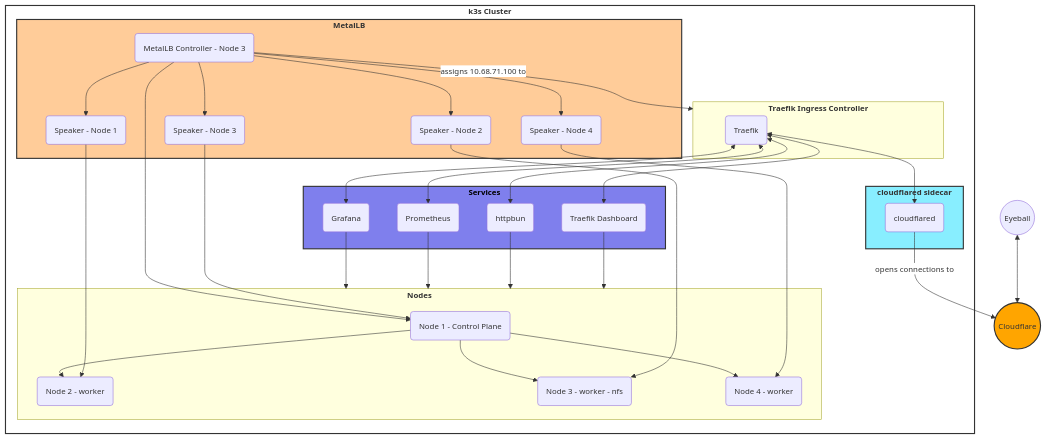
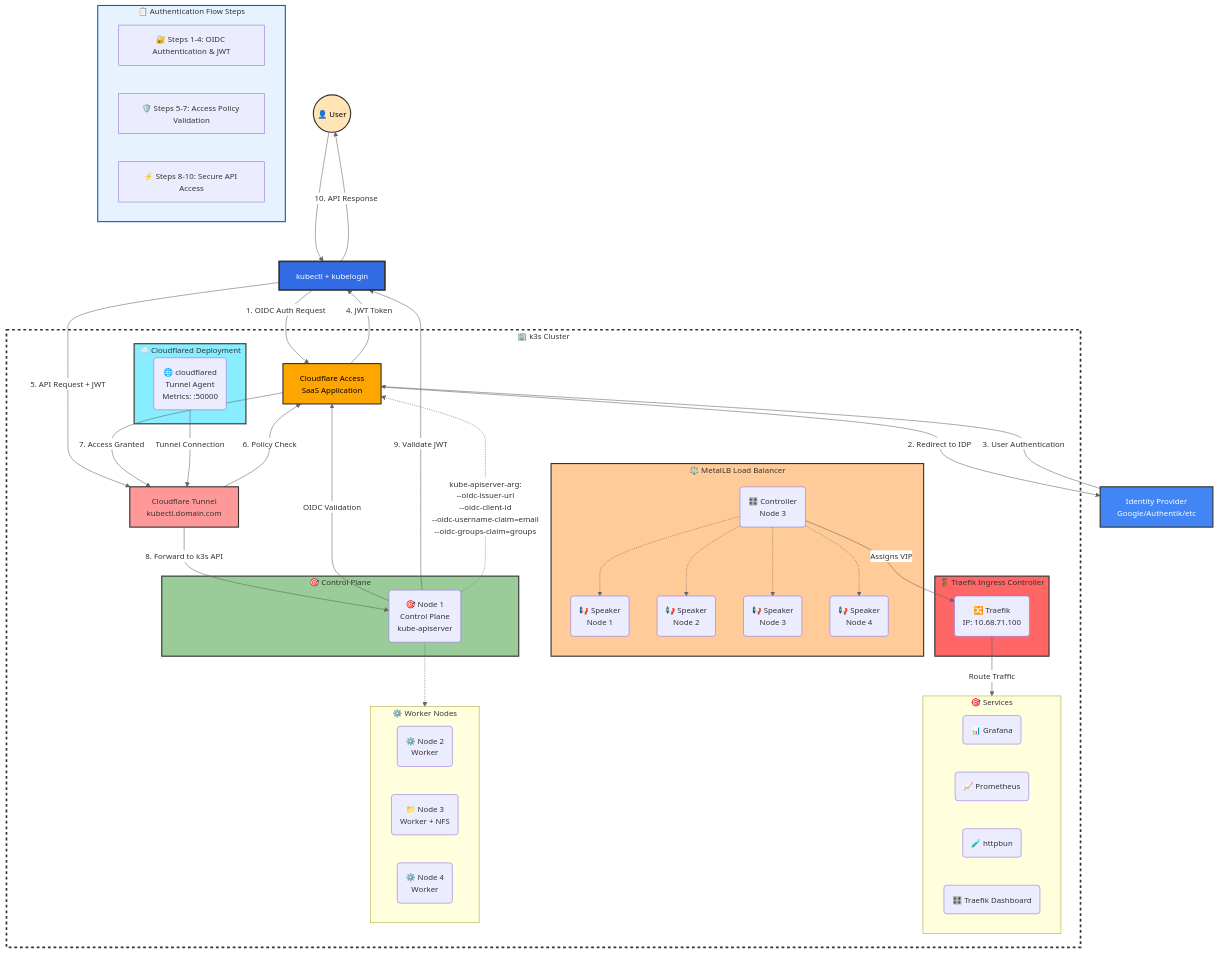
One commit to erfianugrah/lexicanum changed the diagram in src/content/docs/guides/kubectl-cf-access.mdx. Above: the diagram before and after it, drawn with Mermaid.

Commit message:
updated mermaid diagram

````diff
--- a/src/content/docs/guides/kubectl-cf-access.mdx
+++ b/src/content/docs/guides/kubectl-cf-access.mdx
@@ -471,71 +471,114 @@
 ```mermaid
-%%{init: {'theme': 'default', 'themeVariables': { 'primaryColor': '#FFCC00', 'edgeLabelBackground':'#ffffff', 'tertiaryColor': '#FFFFFF', 'lineColor': '#333333', 'arrowheadColor': '#333333', 'fontSize': '14px', 'backgroundColor': 'transparent'}}}%%
-graph TD;
+%%{init: {'theme': 'default', 'themeVariables': { 'primaryColor': '#FFCC00', 'edgeLabelBackground':'#ffffff', 'tertiaryColor': '#FFFFFF', 'lineColor': '#666666', 'arrowheadColor': '#666666', 'fontSize': '14px', 'backgroundColor': 'transparent'}}}%%
+graph TB;
+    classDef user fill:#FFE4B5,stroke:#333,stroke-width:2px,color:#000;
+    classDef kubectl fill:#326CE5,stroke:#333,stroke-width:3px,color:#fff;
+    classDef cloudflare fill:#FFA500,stroke:#333,stroke-width:2px,color:#000;
+    classDef idp fill:#4285F4,stroke:#333,stroke-width:2px,color:#fff;
     classDef service fill:#7f7fed,stroke:#333,stroke-width:2px,color:#000;
     classDef lb fill:#ffcc99,stroke:#333,stroke-width:2px;
     classDef ingress fill:#ff6666,stroke:#333,stroke-width:2px;
     classDef nodes fill:#99cc99,stroke:#333,stroke-width:2px;
     classDef cloudflared fill:#8EF,stroke:#333,stroke-width:2px;
-    classDef k3sCluster fill:transparent,stroke:#333,stroke-width:2px;
-    classDef cloudflare fill:#FFA500,stroke:#333,stroke-width:2px;
+    classDef k3sCluster fill:transparent,stroke:#333,stroke-width:3px,stroke-dasharray: 5 5;
+    classDef oidcFlow fill:#E6F3FF,stroke:#0066CC,stroke-width:2px;
+    classDef tunnel fill:#FF9999,stroke:#333,stroke-width:2px;
 
-    subgraph k3s_Cluster["<b>k3s Cluster</b>"]
-        subgraph Nodes["<b>Nodes</b>"]
-            Node1("Node 1 - Control Plane") --> Node2("Node 2 - worker")
-            Node1 --> Node3("Node 3 - worker - nfs")
-            Node1 --> Node4("Node 4 - worker")
+    %% User and kubectl at top
+    User((👤 User))
+    kubectl[kubectl + kubelogin]
+    User --> kubectl
+    class User user;
+    class kubectl kubectl;
+
+    %% OIDC Authentication Flow - vertical
+    kubectl -->|1. OIDC Auth Request| CFAccess[Cloudflare Access<br/>SaaS Application]
+    CFAccess -->|2. Redirect to IDP| IDP[Identity Provider<br/>Google/Authentik/etc]
+    IDP -->|3. User Authentication| CFAccess
+    CFAccess -->|4. JWT Token| kubectl
+    class CFAccess cloudflare;
+    class IDP idp;
+
+    %% Cloudflare Tunnel - positioned vertically  
+    CFTunnel[Cloudflare Tunnel<br/>kubectl.domain.com]
+    kubectl -->|5. API Request + JWT| CFTunnel
+    CFTunnel -->|6. Policy Check| CFAccess
+    CFAccess -->|7. Access Granted| CFTunnel
+    class CFTunnel tunnel;
+
+    %% k3s Cluster - reorganized vertically
+    subgraph k3s_Cluster["🏢 k3s Cluster"]
+        %% Control Plane at top
+        subgraph ControlPlane["🎯 Control Plane"]
+            Node1("🎯 Node 1<br/>Control Plane<br/>kube-apiserver") 
         end
-        class Nodes nodes;
+        class ControlPlane nodes;
 
-        subgraph LB["<b>MetalLB</b>"]
-            MetalLB_Controller("MetalLB Controller - Node 3")
-            MetalLB_Speaker1("Speaker - Node 1")
-            MetalLB_Speaker2("Speaker - Node 2")
-            MetalLB_Speaker3("Speaker - Node 3")
-            MetalLB_Speaker4("Speaker - Node 4")
-            MetalLB_Controller --> MetalLB_Speaker1
-            MetalLB_Controller --> MetalLB_Speaker2
-            MetalLB_Controller --> MetalLB_Speaker3
-            MetalLB_Controller --> MetalLB_Speaker4
+        %% Cloudflared deployment
+        subgraph cloudflared_deployment["☁️ Cloudflared Deployment"]
+            cloudflared("🌐 cloudflared<br/>Tunnel Agent<br/>Metrics: :50000")
+        end
+        class cloudflared_deployment cloudflared;
+
+        %% Load Balancer layer
+        subgraph LB["⚖️ MetalLB Load Balancer"]
+            MetalLB_Controller("🎛️ Controller<br/>Node 3")
+            MetalLB_Speaker1("📢 Speaker<br/>Node 1")
+            MetalLB_Speaker2("📢 Speaker<br/>Node 2") 
+            MetalLB_Speaker3("📢 Speaker<br/>Node 3")
+            MetalLB_Speaker4("📢 Speaker<br/>Node 4")
         end
         class LB lb;
 
-        subgraph Traefik_Ingress["<b>Traefik Ingress Controller</b>"]
-            Traefik(Traefik)
+        %% Ingress layer
+        subgraph Traefik_Ingress["🚪 Traefik Ingress Controller"]
+            Traefik("🔀 Traefik<br/>IP: 10.68.71.100")
         end
         class Traefik_Ingress ingress;
 
-        subgraph cloudflared_sidecar["<b>cloudflared sidecar</b>"]
-            cloudflared(cloudflared)
-        end
-        class cloudflared_sidecar cloudflared;
-
-        subgraph Services["<b>Services</b>"]
-            Grafana("Grafana")
-            Prometheus("Prometheus")
-            Httpbun("httpbun")
-            TraefikDashboard("Traefik Dashboard")
+        %% Services at bottom
+        subgraph Services["🎯 Services"]
+            Grafana("📊 Grafana")
+            Prometheus("📈 Prometheus") 
+            Httpbun("🧪 httpbun")
+            TraefikDashboard("🎛️ Traefik Dashboard")
         end
         class Services service;
+
+        %% Worker Nodes
+        subgraph Workers["⚙️ Worker Nodes"]
+            Node2("⚙️ Node 2<br/>Worker")
+            Node3("📁 Node 3<br/>Worker + NFS")
+            Node4("⚙️ Node 4<br/>Worker")
+        end
+        class Workers nodes;
+
+        %% Vertical flow within cluster
+        cloudflared -->|Tunnel Connection| CFTunnel
+        Node1 -->|OIDC Validation| CFAccess
+        MetalLB_Controller -->|Assigns VIP| Traefik
+        MetalLB_Controller -.-> MetalLB_Speaker1
+        MetalLB_Controller -.-> MetalLB_Speaker2
+        MetalLB_Controller -.-> MetalLB_Speaker3
+        MetalLB_Controller -.-> MetalLB_Speaker4
+        Traefik -->|Route Traffic| Services
+        Node1 -.-> Workers
     end
     class k3s_Cluster k3sCluster;
 
-    Eyeball((Eyeball)) <--> Cloudflare
-    MetalLB_Controller --> Node1
-    MetalLB_Speaker1 --> Node2
-    MetalLB_Speaker2 --> Node3
-    MetalLB_Speaker3 --> Node1
-    MetalLB_Speaker4 --> Node4
-    MetalLB_Controller --> | assigns 10.68.71.100 to| Traefik_Ingress
-    Traefik <--> cloudflared
-    cloudflared -->|opens connections to| Cloudflare((Cloudflare))
-    class Cloudflare cloudflare;
-    Traefik <--> Grafana
-    Traefik <--> Prometheus
-    Traefik <--> Httpbun
-    Traefik <--> TraefikDashboard
-    Grafana --> Nodes
-    Prometheus --> Nodes
-    Httpbun --> Nodes
-    TraefikDashboard --> Nodes
+    %% Main vertical data flow
+    CFTunnel -->|8. Forward to k3s API| Node1
+    Node1 -->|9. Validate JWT| kubectl
+    kubectl -->|10. API Response| User
+
+    %% Configuration annotations
+    Node1 -.->|"kube-apiserver-arg:<br/>--oidc-issuer-url<br/>--oidc-client-id<br/>--oidc-username-claim=email<br/>--oidc-groups-claim=groups"| CFAccess
+
+    %% Legend positioned at bottom
+    subgraph Legend["📋 Authentication Flow Steps"]
+        L1["🔐 Steps 1-4: OIDC Authentication & JWT"]
+        L2["🛡️ Steps 5-7: Access Policy Validation"] 
+        L3["⚡ Steps 8-10: Secure API Access"]
+    end
+    class Legend oidcFlow;
 ```
````
